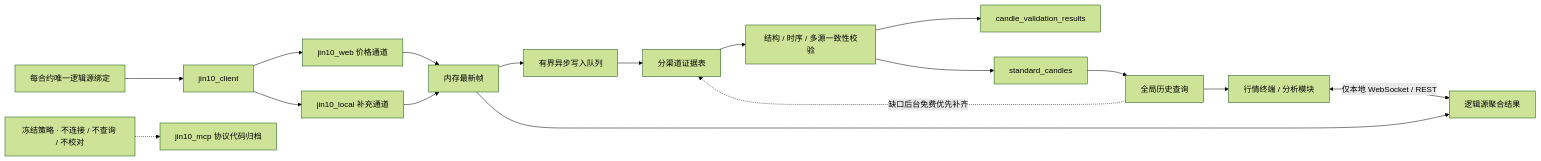
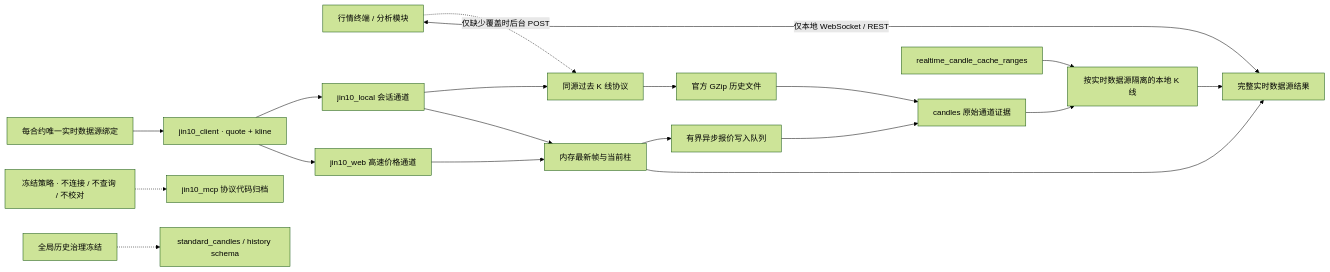
Before and after one commit to Daniel9572/TraceFang: the diagram in docs/architecture.md, drawn with Mermaid (forest theme). The commit also changed other lines of this file and 6 other files, not shown here.

````diff
--- a/docs/architecture.md
+++ b/docs/architecture.md
@@ -15,20 +15,22 @@
 ```mermaid
 flowchart LR
-    UI["行情终端 / 分析模块"] <-->|"仅本地 WebSocket / REST"| QV["逻辑源聚合结果"]
-    AR["每合约唯一逻辑源绑定"] --> JC["jin10_client"]
-    JC --> JW["jin10_web 价格通道"]
-    JC --> JL["jin10_local 补充通道"]
-    JW --> HC["内存最新帧"]
+    UI["行情终端 / 分析模块"] <-->|"仅本地 WebSocket / REST"| RS["完整实时数据源结果"]
+    AR["每合约唯一实时数据源绑定"] --> JC["jin10_client · quote + kline"]
+    JC --> JW["jin10_web 高速价格通道"]
+    JC --> JL["jin10_local 会话通道"]
+    JW --> HC["内存最新帧与当前柱"]
     JL --> HC
+    JL --> HK["同源过去 K 线协议"]
+    HK --> HF["官方 GZip 历史文件"]
+    HF --> RAW["candles 原始通道证据"]
+    RAW --> SK["按实时数据源隔离的本地 K 线"]
+    SK --> RS
+    HC --> RS
+    HC --> WQ["有界异步报价写入队列"]
+    WQ --> RAW
+    UI -.->|"仅缺少覆盖时后台 POST"| HK
+    CR["realtime_candle_cache_ranges"] --> SK
     MF["jin10_mcp 协议代码归档"]
     FP["冻结策略 · 不连接 / 不查询 / 不校对"] -.-> MF
-    HC --> QV
-    HC --> WQ["有界异步写入队列"]
-    WQ --> RAW["分渠道证据表"]
-    RAW --> V["结构 / 时序 / 多源一致性校验"]
-    V --> VR["candle_validation_results"]
-    V --> STD["standard_candles"]
-    STD --> HS["全局历史查询"]
-    HS --> UI
-    HS -.->|"缺口后台免费优先补齐"| RAW
+    FZ["全局历史治理冻结"] -.-> LEGACY["standard_candles / history schema"]
 ```
````
